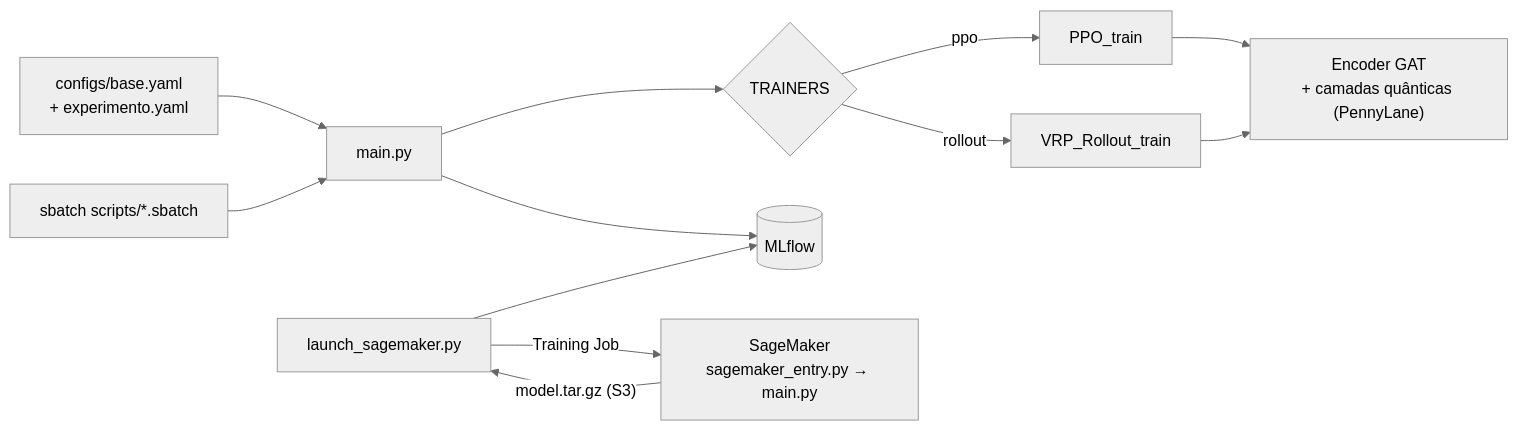
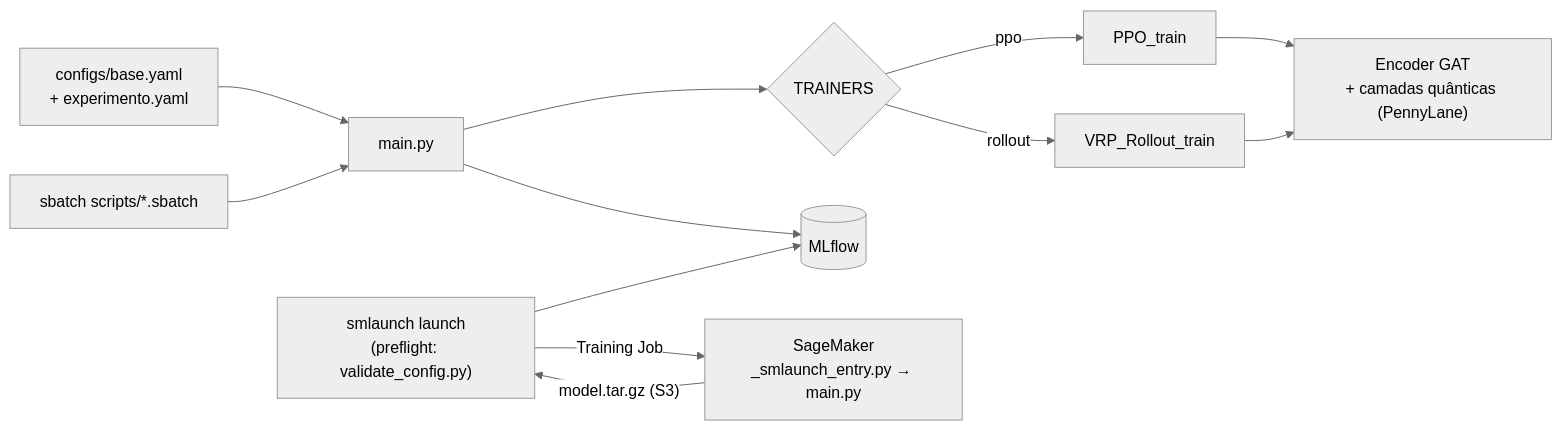
The diagram in qgat/README.md (marcosreballo-source/quantum-routing-research), drawn with Mermaid (neutral theme) before and after one commit. The commit also changed other lines of this file and 2 other files, not shown here.

Commit message:
QGAT: crédito ao Lei et al. (2022) e lançamento na AWS via smlaunch (config + hook de nome)

````diff
--- a/qgat/README.md
+++ b/qgat/README.md
@@ -15,12 +15,12 @@
 ```mermaid
 flowchart LR
     Y["configs/base.yaml<br/>+ experimento.yaml"] --> M["main.py"]
     M --> T{"TRAINERS"}
     T -->|ppo| P["PPO_train"]
     T -->|rollout| R["VRP_Rollout_train"]
     P & R --> Q["Encoder GAT<br/>+ camadas quânticas (PennyLane)"]
     M --> ML[("MLflow")]
-    L["launch_sagemaker.py"] -->|"Training Job"| SM["SageMaker<br/>sagemaker_entry.py → main.py"]
+    L["smlaunch launch<br/>(preflight: validate_config.py)"] -->|"Training Job"| SM["SageMaker<br/>_smlaunch_entry.py → main.py"]
     SM -->|"model.tar.gz (S3)"| L --> ML
     S["sbatch scripts/*.sbatch"] --> M
 ```
````
